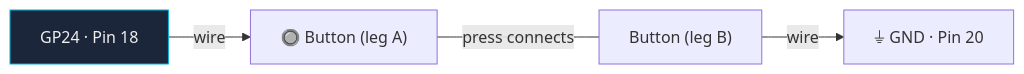
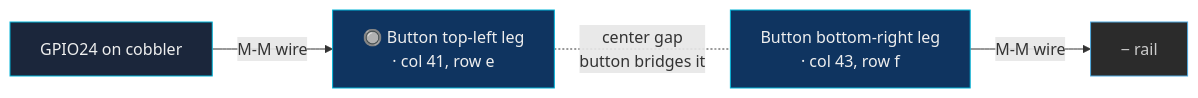
One commit to BigDawg013/clawpi-scout changed the seventh of 10 diagrams in docs/WIRING.md. Above: the diagram before and after it, drawn with Mermaid. The commit also changed other lines of this file, not shown here.

First line of the commit message:
Update WIRING.md with T-cobbler Mermaid diagrams

````diff
--- a/docs/WIRING.md
+++ b/docs/WIRING.md
@@ -143,8 +202,12 @@
 ```mermaid
 graph LR
-    GP24["GP24 · Pin 18"] -->|wire| BTN_A["🔘 Button (leg A)"]
-    BTN_A ---|"press connects"| BTN_B["Button (leg B)"]
-    BTN_B -->|wire| GND["⏚ GND · Pin 20"]
+    GP24["GPIO24 on cobbler"] -->|"M-M wire"| BTN_TOP["🔘 Button top-left leg\n· col 41, row e"]
+    BTN_BOT["Button bottom-right leg\n· col 43, row f"] -->|"M-M wire"| GND["− rail"]
+
+    BTN_TOP -.-|"center gap\nbutton bridges it"| BTN_BOT
 
     style GP24 fill:#1b263b,stroke:#00b4d8,color:#eee
+    style BTN_TOP fill:#0f3460,stroke:#00b4d8,color:#eee
+    style BTN_BOT fill:#0f3460,stroke:#00b4d8,color:#eee
+    style GND fill:#2b2b2b,stroke:#4ea8de,color:#ccc
 ```
````
